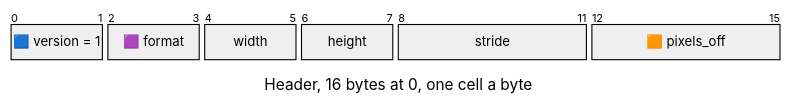
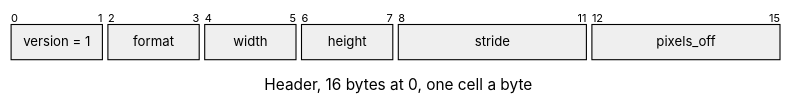
The first of 3 diagrams in docs/assets/formats/IMAG.md (jose-villegas/autana), drawn with Mermaid before and after one commit. The commit also changed other lines of this file and 13 other files, not shown here.

Commit message:
formats: fill each packet box by its field's role through themeCSS the role gate writes, replacing the label squares (autana-edcif)

````diff
--- a/docs/assets/formats/IMAG.md
+++ b/docs/assets/formats/IMAG.md
@@ -5,16 +5,17 @@
 ```mermaid
 ---
 config:
+  themeCSS: "g:nth-of-type(2) rect:nth-of-type(1) { fill: #8fb3ee !important; } g:nth-of-type(2) rect:nth-of-type(2) { fill: #c7aaee !important; } g:nth-of-type(2) rect:nth-of-type(3) { fill: #e3e3e3 !important; } g:nth-of-type(2) rect:nth-of-type(4) { fill: #e3e3e3 !important; } g:nth-of-type(2) rect:nth-of-type(5) { fill: #e3e3e3 !important; } g:nth-of-type(2) rect:nth-of-type(6) { fill: #f4a885 !important; } .packetLabel { fill: #1b1b1b !important; }"
   packet:
     bitsPerRow: 16
     bitWidth: 44
 ---
 packet-beta
 title Header, 16 bytes at 0, one cell a byte
-0-1: "🟦 version = 1"
-2-3: "🟪 format"
+0-1: "version = 1"
+2-3: "format"
 4-5: "width"
 6-7: "height"
 8-11: "stride"
-12-15: "🟧 pixels_off"
+12-15: "pixels_off"
 ```
````
